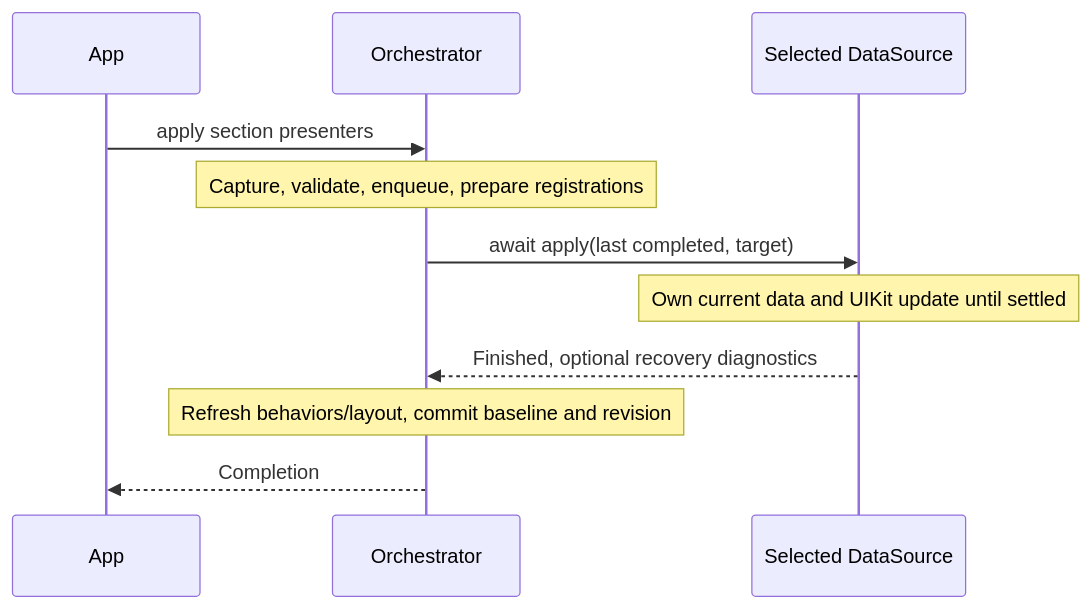
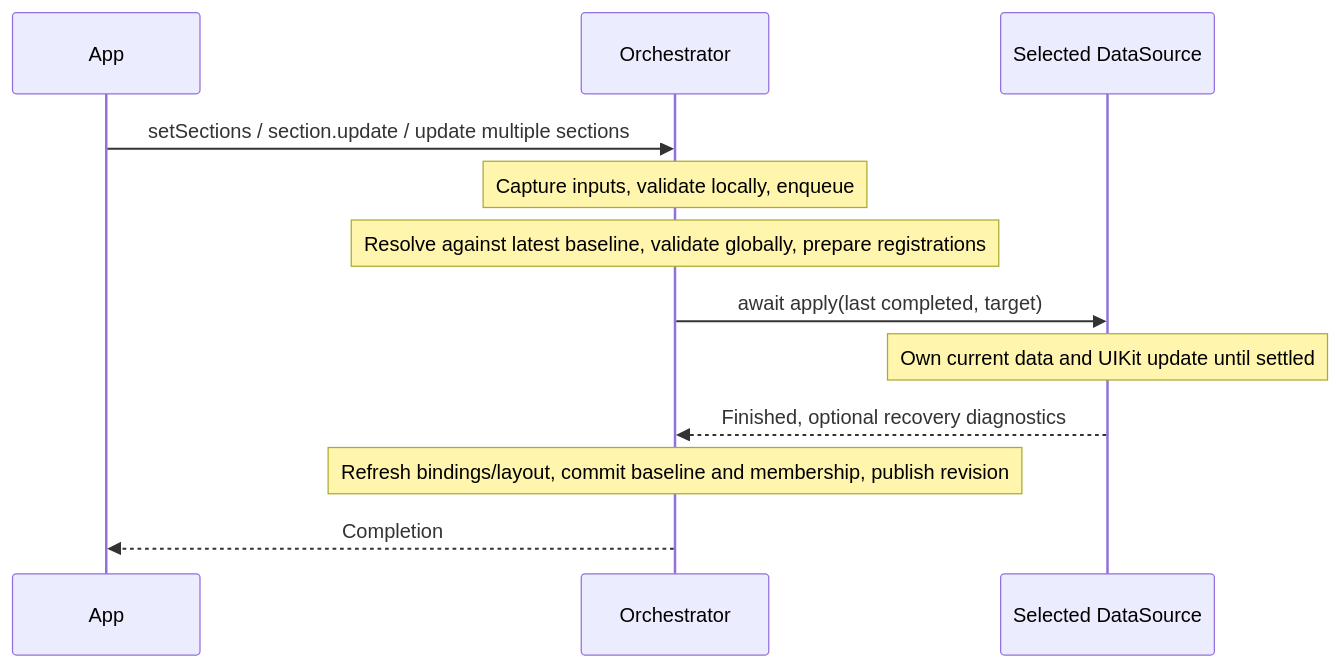
The second of 5 diagrams in Docs/Architecture.md (Weixi779/Parade), drawn with Mermaid before and after one commit. The commit also changed other lines of this file and 29 other files, not shown here.

````diff
--- a/Docs/Architecture.md
+++ b/Docs/Architecture.md
@@ -157,13 +167,14 @@
 ```mermaid
 sequenceDiagram
     participant App
     participant Orchestrator
     participant Source as Selected DataSource
-    App->>Orchestrator: apply section presenters
-    Note over Orchestrator: Capture, validate, enqueue, prepare registrations
+    App->>Orchestrator: setSections / section.update / update multiple sections
+    Note over Orchestrator: Capture inputs, validate locally, enqueue
+    Note over Orchestrator: Resolve against latest baseline, validate globally, prepare registrations
     Orchestrator->>Source: await apply(last completed, target)
     Note over Source: Own current data and UIKit update until settled
     Source-->>Orchestrator: Finished, optional recovery diagnostics
-    Note over Orchestrator: Refresh behaviors/layout, commit baseline and revision
+    Note over Orchestrator: Refresh bindings/layout, commit baseline and membership, publish revision
     Orchestrator-->>App: Completion
 ```
````
